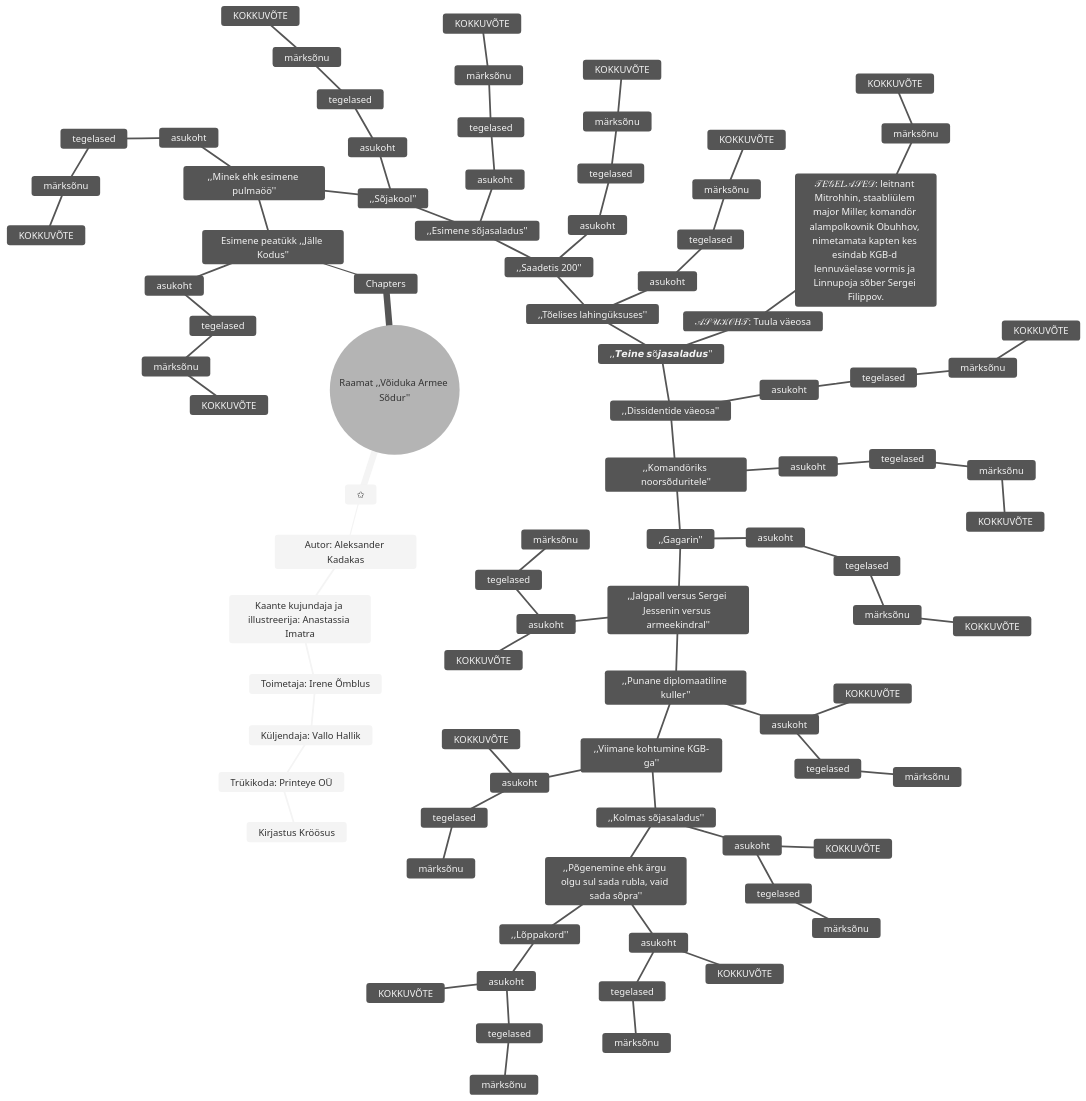
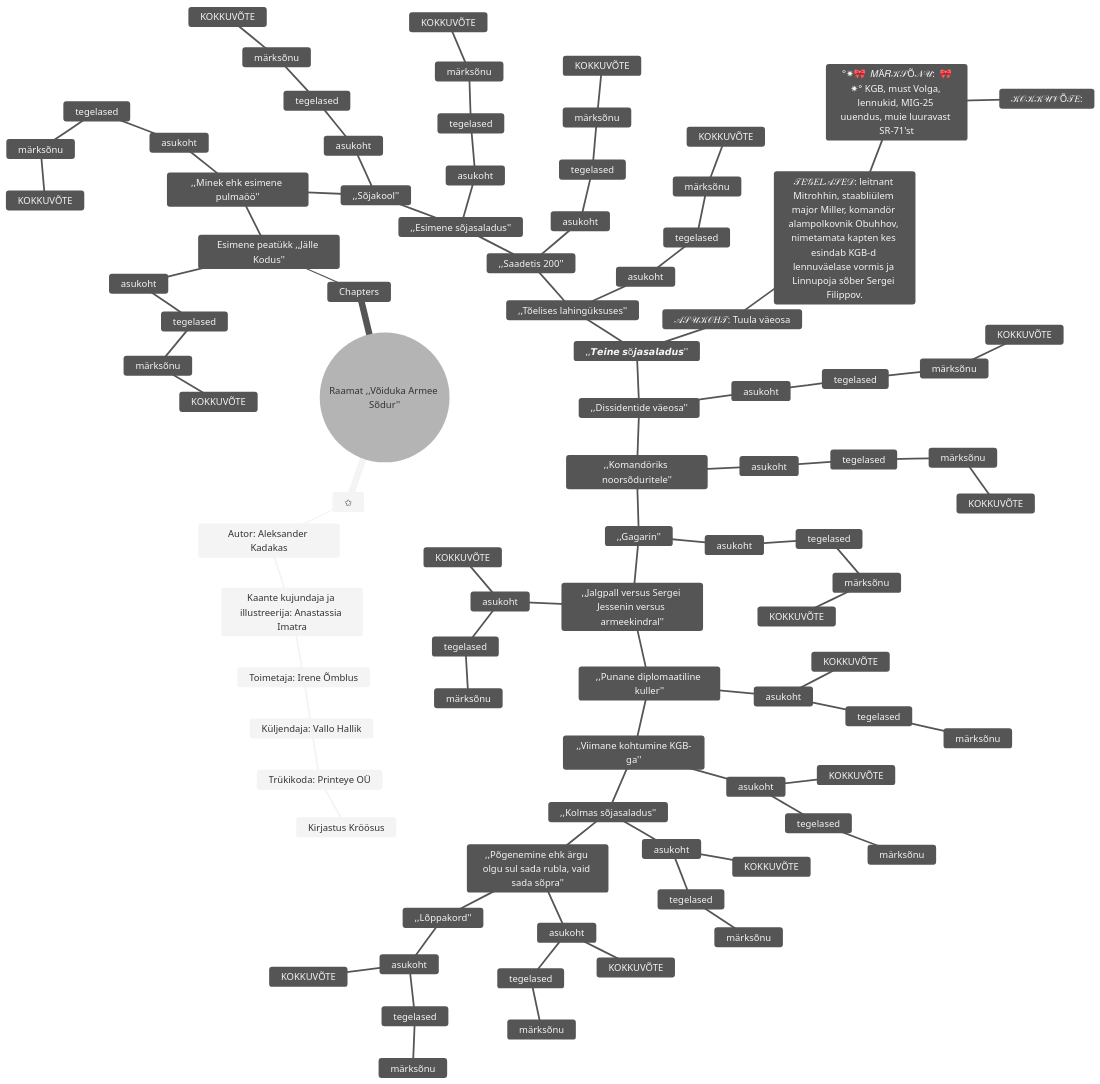
Before and after one commit to 4avik/Voiduka-Armee-Sodur: the first of 2 diagrams in README.md, drawn with Mermaid (neutral theme).

```diff
--- a/README.md
+++ b/README.md
@@ -56,8 +56,9 @@
           	            %%86
 				                𝒜𝒮𝒰𝒦𝒪𝐻𝒯: Tuula väeosa
 					                  𝒯𝐸𝒢𝐸𝐿𝒜𝒮𝐸𝒟: leitnant Mitrohhin, staabliülem major Miller, komandör alampolkovnik Obuhhov, nimetamata kapten kes esindab KGB-d lennuväelase vormis ja Linnupoja sõber Sergei Filippov.
-						                   märksõnu
-							                    KOKKUVÕTE
+						                   °✷🎀  𝑀Ä𝑅𝒦𝒮Õ𝒩𝒰:  🎀✷° KGB, must Volga, lennukid, MIG-25 uuendus, muie luuravast SR-71'st
+							                    𝒦𝒪𝒦𝒦𝒰𝒱Õ𝒯𝐸:
+
    		  	            ,,Dissidentide väeosa''
           	              %%94
 				                  asukoht
```
